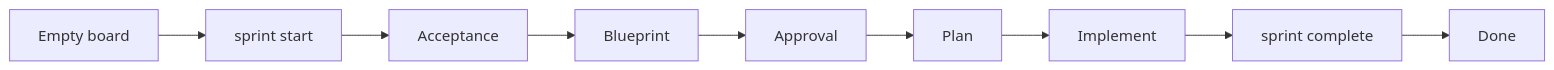
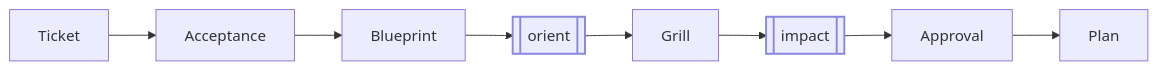
The diagram in examples/canon-todo-walkthrough/02-sprint-start.md (sunitghub/canon-skills), drawn with Mermaid before and after one commit. The commit also changed other lines of this file and 12 other files, not shown here.

````diff
--- a/examples/canon-todo-walkthrough/02-sprint-start.md
+++ b/examples/canon-todo-walkthrough/02-sprint-start.md
@@ -5,11 +7,7 @@
 ```mermaid
 flowchart LR
-    A[Empty board] --> B[sprint start]
-    B --> C[Acceptance]
-    C --> D[Blueprint]
-    D --> E[Approval]
-    E --> F[Plan]
-    F --> G[Implement]
-    G --> H[sprint complete]
-    H --> I[Done]
+    T[Ticket] --> A[Acceptance] --> B[Blueprint] --> O[[orient]]
+    O --> G[Grill] --> I[[impact]] --> AP[Approval] --> P[Plan]
+    classDef subskill stroke:#8888dd,stroke-width:2px
+    class O,I subskill
 ```
````
